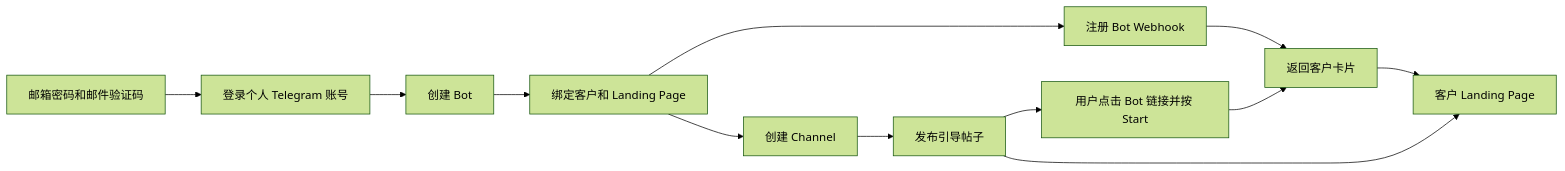
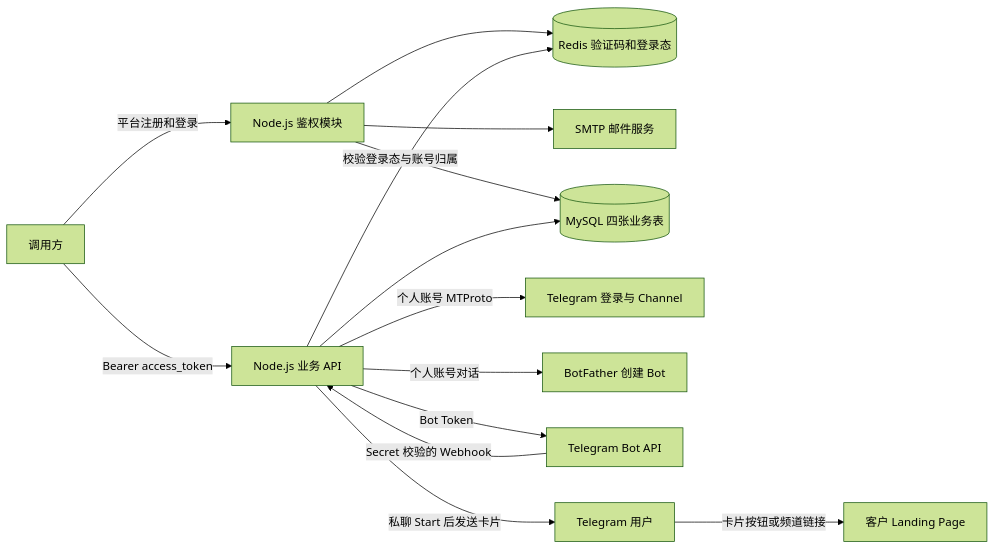
The diagram in README.md (gatherstar101/telegram-card-bot), drawn with Mermaid (forest theme) before and after one commit. The commit also changed other lines of this file and 2 other files, not shown here.

Commit message:
Reorganize docs around the Docker API and archive card-bot as legacy

````diff
--- a/README.md
+++ b/README.md
@@ -52,13 +48,16 @@
 ```mermaid
 flowchart LR
-    U[邮箱密码和邮件验证码] --> A[登录个人 Telegram 账号] --> B[创建 Bot]
-    B --> C[绑定客户和 Landing Page]
-    C --> D[注册 Bot Webhook]
-    C --> E[创建 Channel]
-    E --> F[发布引导帖子]
-    F --> G[用户点击 Bot 链接并按 Start]
-    D --> H[返回客户卡片]
-    G --> H
-    H --> I[客户 Landing Page]
-    F --> I
+    Client[调用方] -->|平台注册和登录| Auth[Node.js 鉴权模块]
+    Client -->|Bearer access_token| API[Node.js 业务 API]
+    Auth --> Redis[(Redis 验证码和登录态)]
+    Auth --> SMTP[SMTP 邮件服务]
+    Auth --> MySQL[(MySQL 四张业务表)]
+    API -->|校验登录态与账号归属| Redis
+    API --> MySQL
+    API -->|个人账号 MTProto| Telegram[Telegram 登录与 Channel]
+    API -->|个人账号对话| Father[BotFather 创建 Bot]
+    API -->|Bot Token| BotAPI[Telegram Bot API]
+    BotAPI -->|Secret 校验的 Webhook| API
+    API -->|私聊 Start 后发送卡片| EndUser[Telegram 用户]
+    EndUser -->|卡片按钮或频道链接| Landing[客户 Landing Page]
 ```
````
